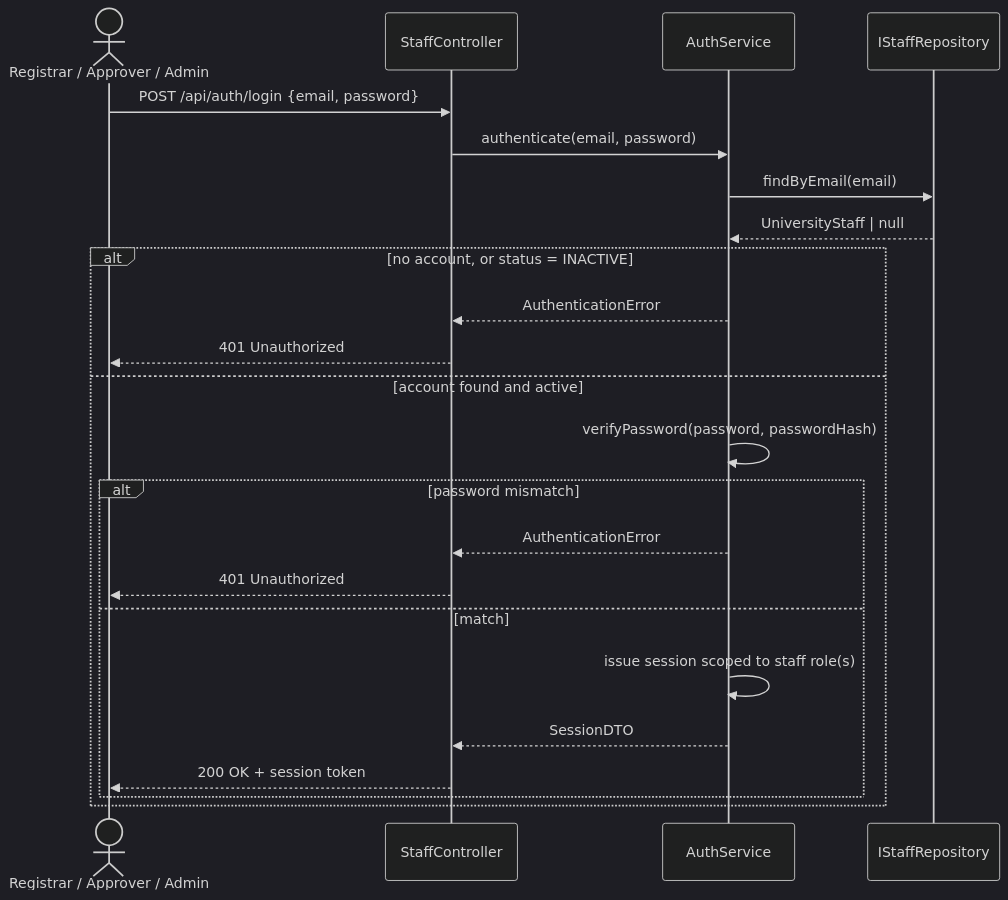
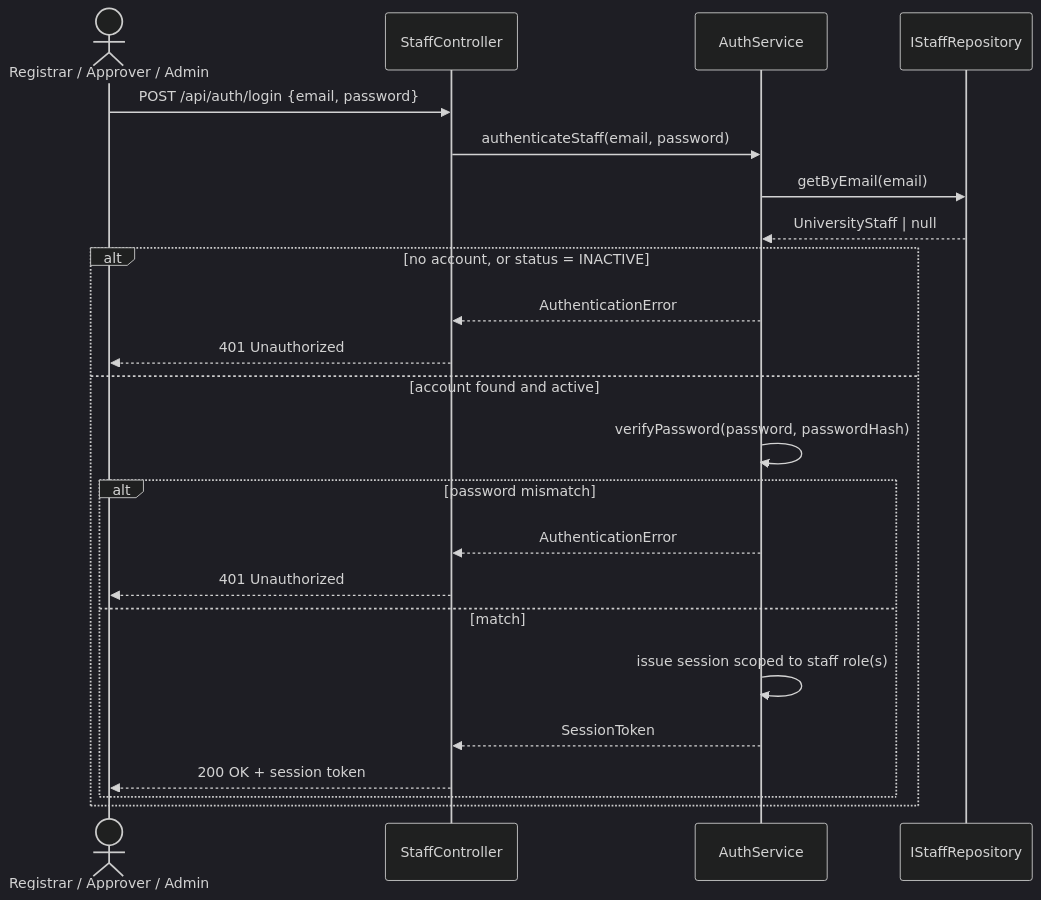
The first of 15 diagrams in docs/03-design/Sequence_Diagram.md (huypengin/UniDipVeri), drawn with Mermaid (dark theme) before and after one commit. The commit also changed other lines of this file and 15 other files, not shown here.

First line of the commit message:
feat(auth): add JWT session validation, role-based authorization, and login endpoints

````diff
--- a/docs/03-design/Sequence_Diagram.md
+++ b/docs/03-design/Sequence_Diagram.md
@@ -22,27 +22,27 @@
 ```mermaid
 sequenceDiagram
     actor Staff as Registrar / Approver / Admin
     participant SC as StaffController
     participant Auth as AuthService
     participant Repo as IStaffRepository
 
     Staff->>SC: POST /api/auth/login {email, password}
-    SC->>Auth: authenticate(email, password)
-    Auth->>Repo: findByEmail(email)
+    SC->>Auth: authenticateStaff(email, password)
+    Auth->>Repo: getByEmail(email)
     Repo-->>Auth: UniversityStaff | null
 
     alt no account, or status = INACTIVE
         Auth-->>SC: AuthenticationError
         SC-->>Staff: 401 Unauthorized
     else account found and active
         Auth->>Auth: verifyPassword(password, passwordHash)
         alt password mismatch
             Auth-->>SC: AuthenticationError
             SC-->>Staff: 401 Unauthorized
         else match
             Auth->>Auth: issue session scoped to staff role(s)
-            Auth-->>SC: SessionDTO
+            Auth-->>SC: SessionToken
             SC-->>Staff: 200 OK + session token
         end
     end
 ```
````
